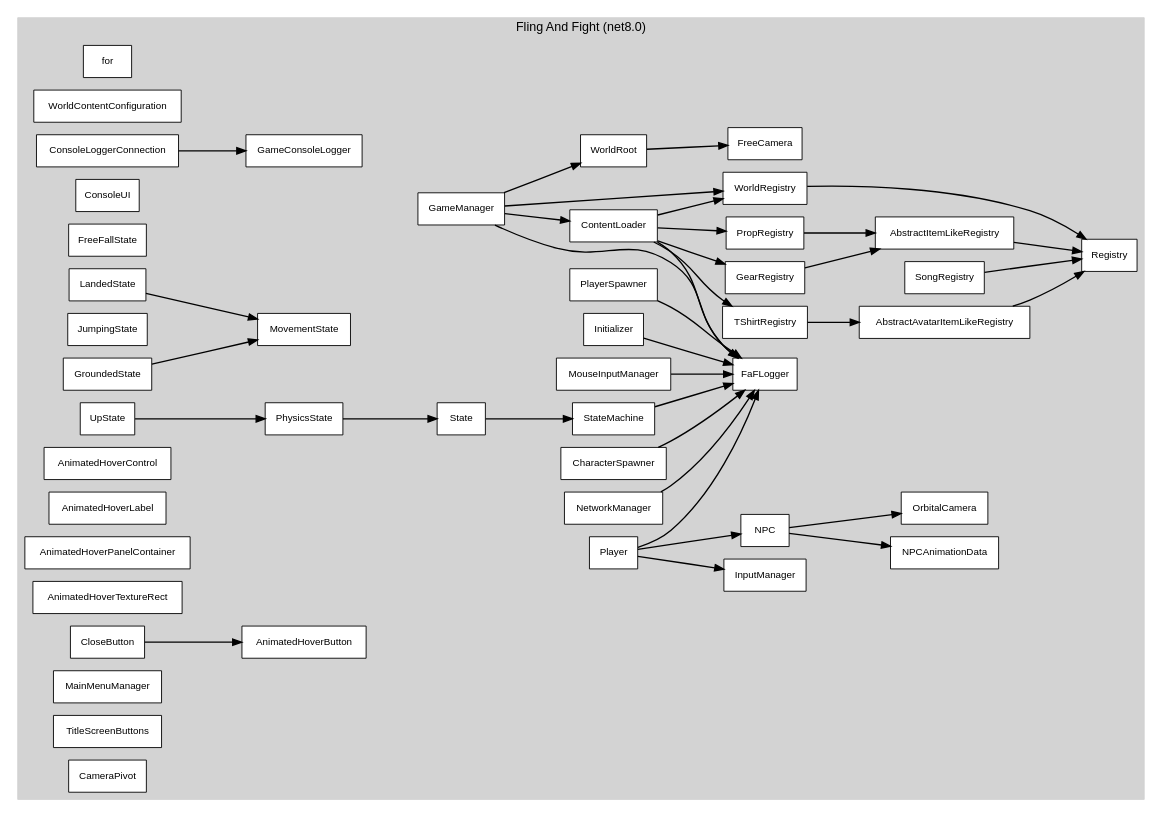
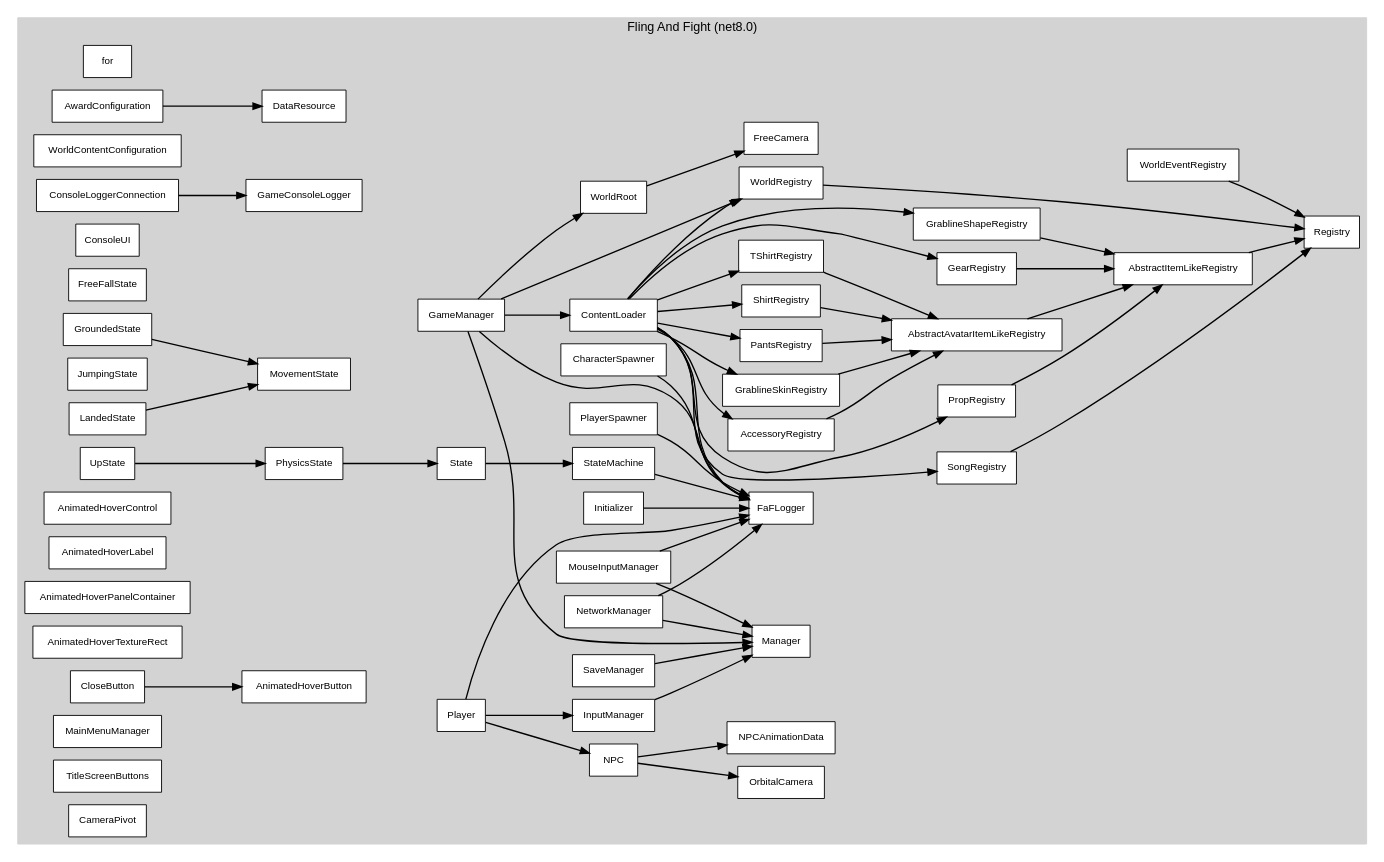
Before and after one commit to Nikaxe-dev/Fling-And-Fight: the diagram in FaF-GODOT/class-dependency-graph.dot, drawn with Graphviz. The commit also changed 20 other files, not shown here.

First line of the commit message:
saves/feat/complete: DataSaver & PlayerCurrencyDataSaver

```diff
--- a/FaF-GODOT/class-dependency-graph.dot
+++ b/FaF-GODOT/class-dependency-graph.dot
@@ -1,95 +1,123 @@
 digraph CSharpDependencies {
   graph [rankdir=LR, fontname="Helvetica", fontsize=14, splines=sprite, overlap=false, nodesep=0.2, ranksep=0.8];
   node [shape=box, style=filled, fillcolor=lightblue, fontname="Helvetica", fontsize=11];
   edge [fontname="Helvetica", fontsize=9];
 
   subgraph "cluster_Fling And Fight" {
     label="Fling And Fight (net8.0)";
     style="filled";
     color="lightgray";
 
+    "Fling And Fight.Manager" [label="Manager", fillcolor=white, tooltip="FaF.Core.Manager"];
     "Fling And Fight.ContentLoader" [label="ContentLoader", fillcolor=white, tooltip="FaF.Data.ContentLoader"];
     "Fling And Fight.for" [label="for", fillcolor=white, tooltip="FaF.Data.RegistryObjects.for"];
     "Fling And Fight.AbstractAvatarItemLikeRegistry" [label="AbstractAvatarItemLikeRegistry", fillcolor=white, tooltip="FaF.Data.RegistryObjects.AbstractAvatarItemLikeRegistry"];
     "Fling And Fight.for" [label="for", fillcolor=white, tooltip="FaF.Data.RegistryObjects.for"];
     "Fling And Fight.AbstractItemLikeRegistry" [label="AbstractItemLikeRegistry", fillcolor=white, tooltip="FaF.Data.RegistryObjects.AbstractItemLikeRegistry"];
+    "Fling And Fight.AccessoryRegistry" [label="AccessoryRegistry", fillcolor=white, tooltip="FaF.Data.RegistryObjects.AccessoryRegistry"];
+    "Fling And Fight.AwardConfiguration" [label="AwardConfiguration", fillcolor=white, tooltip="FaF.Data.AwardConfiguration"];
+    "Fling And Fight.DataResource" [label="DataResource", fillcolor=white, tooltip="FaF.Data.DataResource"];
     "Fling And Fight.GearRegistry" [label="GearRegistry", fillcolor=white, tooltip="FaF.Data.RegistryObjects.GearRegistry"];
+    "Fling And Fight.GrablineShapeRegistry" [label="GrablineShapeRegistry", fillcolor=white, tooltip="FaF.Data.RegistryObjects.GrablineShapeRegistry"];
+    "Fling And Fight.GrablineSkinRegistry" [label="GrablineSkinRegistry", fillcolor=white, tooltip="FaF.Data.RegistryObjects.GrablineSkinRegistry"];
+    "Fling And Fight.PantsRegistry" [label="PantsRegistry", fillcolor=white, tooltip="FaF.Data.RegistryObjects.PantsRegistry"];
     "Fling And Fight.PropRegistry" [label="PropRegistry", fillcolor=white, tooltip="FaF.Data.RegistryObjects.PropRegistry"];
     "Fling And Fight.Registry" [label="Registry", fillcolor=white, tooltip="FaF.Data.RegistryObjects.Registry"];
+    "Fling And Fight.ShirtRegistry" [label="ShirtRegistry", fillcolor=white, tooltip="FaF.Data.RegistryObjects.ShirtRegistry"];
     "Fling And Fight.SongRegistry" [label="SongRegistry", fillcolor=white, tooltip="FaF.Data.RegistryObjects.SongRegistry"];
     "Fling And Fight.TShirtRegistry" [label="TShirtRegistry", fillcolor=white, tooltip="FaF.Data.RegistryObjects.TShirtRegistry"];
     "Fling And Fight.WorldContentConfiguration" [label="WorldContentConfiguration", fillcolor=white, tooltip="FaF.Data.RegistryObjects.WorldContentConfiguration"];
+    "Fling And Fight.WorldEventRegistry" [label="WorldEventRegistry", fillcolor=white, tooltip="FaF.Data.RegistryObjects.WorldEventRegistry"];
     "Fling And Fight.WorldRegistry" [label="WorldRegistry", fillcolor=white, tooltip="FaF.Data.RegistryObjects.WorldRegistry"];
     "Fling And Fight.GameConsoleLogger" [label="GameConsoleLogger", fillcolor=white, tooltip="FaF.Debug.Console.GameConsoleLogger"];
     "Fling And Fight.ConsoleLoggerConnection" [label="ConsoleLoggerConnection", fillcolor=white, tooltip="FaF.Debug.Console.ConsoleLoggerConnection"];
     "Fling And Fight.ConsoleUI" [label="ConsoleUI", fillcolor=white, tooltip="FaF.Debug.Console.ConsoleUI"];
     "Fling And Fight.FaFLogger" [label="FaFLogger", fillcolor=white, tooltip="FaF.Debug.FaFLogger"];
     "Fling And Fight.GameManager" [label="GameManager", fillcolor=white, tooltip="FaF.Game.GameManager"];
     "Fling And Fight.CharacterSpawner" [label="CharacterSpawner", fillcolor=white, tooltip="FaF.Game.Networking.CharacterSpawner"];
     "Fling And Fight.NetworkManager" [label="NetworkManager", fillcolor=white, tooltip="FaF.Game.Networking.NetworkManager"];
     "Fling And Fight.PlayerSpawner" [label="PlayerSpawner", fillcolor=white, tooltip="FaF.Game.Networking.PlayerSpawner"];
     "Fling And Fight.Player" [label="Player", fillcolor=white, tooltip="FaF.Game.Players.Player"];
     "Fling And Fight.NPC" [label="NPC", fillcolor=white, tooltip="FaF.Game.Rig.NPC"];
     "Fling And Fight.NPCAnimationData" [label="NPCAnimationData", fillcolor=white, tooltip="FaF.Game.Rig.NPCAnimationData"];
     "Fling And Fight.FreeFallState" [label="FreeFallState", fillcolor=white, tooltip="FaF.Game.Rig.States.Movement.FreeFallState"];
     "Fling And Fight.GroundedState" [label="GroundedState", fillcolor=white, tooltip="FaF.Game.Rig.States.Movement.GroundedState"];
     "Fling And Fight.JumpingState" [label="JumpingState", fillcolor=white, tooltip="FaF.Game.Rig.States.Movement.JumpingState"];
     "Fling And Fight.LandedState" [label="LandedState", fillcolor=white, tooltip="FaF.Game.Rig.States.Movement.LandedState"];
     "Fling And Fight.MovementState" [label="MovementState", fillcolor=white, tooltip="FaF.Game.Rig.States.Movement.MovementState"];
     "Fling And Fight.PhysicsState" [label="PhysicsState", fillcolor=white, tooltip="FaF.Game.Rig.States.PhysicsState"];
     "Fling And Fight.State" [label="State", fillcolor=white, tooltip="FaF.Game.Rig.States.State"];
     "Fling And Fight.StateMachine" [label="StateMachine", fillcolor=white, tooltip="FaF.Game.Rig.States.StateMachine"];
     "Fling And Fight.UpState" [label="UpState", fillcolor=white, tooltip="FaF.Game.Rig.States.UpState"];
     "Fling And Fight.WorldRoot" [label="WorldRoot", fillcolor=white, tooltip="FaF.Game.World.WorldRoot"];
     "Fling And Fight.Initializer" [label="Initializer", fillcolor=white, tooltip="FaF.Initial.Initializer"];
+    "Fling And Fight.SaveManager" [label="SaveManager", fillcolor=white, tooltip="FaF.Saves.SaveManager"];
     "Fling And Fight.AnimatedHoverButton" [label="AnimatedHoverButton", fillcolor=white, tooltip="FaF.UI.Common.AnimatedHover.AnimatedHoverButton"];
     "Fling And Fight.AnimatedHoverControl" [label="AnimatedHoverControl", fillcolor=white, tooltip="FaF.UI.Common.AnimatedHover.AnimatedHoverControl"];
     "Fling And Fight.AnimatedHoverLabel" [label="AnimatedHoverLabel", fillcolor=white, tooltip="FaF.UI.Common.AnimatedHover.AnimatedHoverLabel"];
     "Fling And Fight.AnimatedHoverPanelContainer" [label="AnimatedHoverPanelContainer", fillcolor=white, tooltip="FaF.UI.Common.AnimatedHover.AnimatedHoverPanelContainer"];
     "Fling And Fight.AnimatedHoverTextureRect" [label="AnimatedHoverTextureRect", fillcolor=white, tooltip="FaF.UI.Common.AnimatedHover.AnimatedHoverTextureRect"];
     "Fling And Fight.CloseButton" [label="CloseButton", fillcolor=white, tooltip=".CloseButton"];
     "Fling And Fight.MainMenuManager" [label="MainMenuManager", fillcolor=white, tooltip="FaF.UI.MainMenu.MainMenuManager"];
     "Fling And Fight.TitleScreenButtons" [label="TitleScreenButtons", fillcolor=white, tooltip="FaF.UI.MainMenu.TitleScreenButtons"];
     "Fling And Fight.InputManager" [label="InputManager", fillcolor=white, tooltip="FaF.UserInput.InputManager"];
     "Fling And Fight.MouseInputManager" [label="MouseInputManager", fillcolor=white, tooltip="FaF.UserInput.MouseInputManager"];
     "Fling And Fight.CameraPivot" [label="CameraPivot", fillcolor=white, tooltip="FaF.Visuals.Camera.CameraPivot"];
     "Fling And Fight.FreeCamera" [label="FreeCamera", fillcolor=white, tooltip="FaF.Visuals.Camera.FreeCamera"];
     "Fling And Fight.OrbitalCamera" [label="OrbitalCamera", fillcolor=white, tooltip="FaF.Visuals.Camera.OrbitalCamera"];
   }
 
   "Fling And Fight.ContentLoader" -> "Fling And Fight.FaFLogger" [penwidth=1.5];
   "Fling And Fight.ContentLoader" -> "Fling And Fight.WorldRegistry" [penwidth=1.5];
   "Fling And Fight.ContentLoader" -> "Fling And Fight.PropRegistry" [penwidth=1.5];
   "Fling And Fight.ContentLoader" -> "Fling And Fight.GearRegistry" [penwidth=1.5];
   "Fling And Fight.ContentLoader" -> "Fling And Fight.TShirtRegistry" [penwidth=1.5];
-  "Fling And Fight.AbstractAvatarItemLikeRegistry" -> "Fling And Fight.Registry" [penwidth=1.5];
+  "Fling And Fight.ContentLoader" -> "Fling And Fight.ShirtRegistry" [penwidth=1.5];
+  "Fling And Fight.ContentLoader" -> "Fling And Fight.PantsRegistry" [penwidth=1.5];
+  "Fling And Fight.ContentLoader" -> "Fling And Fight.AccessoryRegistry" [penwidth=1.5];
+  "Fling And Fight.ContentLoader" -> "Fling And Fight.GrablineSkinRegistry" [penwidth=1.5];
+  "Fling And Fight.ContentLoader" -> "Fling And Fight.GrablineShapeRegistry" [penwidth=1.5];
+  "Fling And Fight.ContentLoader" -> "Fling And Fight.SongRegistry" [penwidth=1.5];
+  "Fling And Fight.AbstractAvatarItemLikeRegistry" -> "Fling And Fight.AbstractItemLikeRegistry" [penwidth=1.5];
   "Fling And Fight.AbstractItemLikeRegistry" -> "Fling And Fight.Registry" [penwidth=1.5];
+  "Fling And Fight.AccessoryRegistry" -> "Fling And Fight.AbstractAvatarItemLikeRegistry" [penwidth=1.5];
+  "Fling And Fight.AwardConfiguration" -> "Fling And Fight.DataResource" [penwidth=1.5];
   "Fling And Fight.GearRegistry" -> "Fling And Fight.AbstractItemLikeRegistry" [penwidth=1.5];
+  "Fling And Fight.GrablineShapeRegistry" -> "Fling And Fight.AbstractItemLikeRegistry" [penwidth=1.5];
+  "Fling And Fight.GrablineSkinRegistry" -> "Fling And Fight.AbstractAvatarItemLikeRegistry" [penwidth=1.5];
+  "Fling And Fight.PantsRegistry" -> "Fling And Fight.AbstractAvatarItemLikeRegistry" [penwidth=1.5];
   "Fling And Fight.PropRegistry" -> "Fling And Fight.AbstractItemLikeRegistry" [penwidth=1.5];
+  "Fling And Fight.ShirtRegistry" -> "Fling And Fight.AbstractAvatarItemLikeRegistry" [penwidth=1.5];
   "Fling And Fight.SongRegistry" -> "Fling And Fight.Registry" [penwidth=1.5];
   "Fling And Fight.TShirtRegistry" -> "Fling And Fight.AbstractAvatarItemLikeRegistry" [penwidth=1.5];
+  "Fling And Fight.WorldEventRegistry" -> "Fling And Fight.Registry" [penwidth=1.5];
   "Fling And Fight.WorldRegistry" -> "Fling And Fight.Registry" [penwidth=1.5];
   "Fling And Fight.ConsoleLoggerConnection" -> "Fling And Fight.GameConsoleLogger" [penwidth=1.5];
+  "Fling And Fight.GameManager" -> "Fling And Fight.Manager" [penwidth=1.5];
   "Fling And Fight.GameManager" -> "Fling And Fight.FaFLogger" [penwidth=1.5];
   "Fling And Fight.GameManager" -> "Fling And Fight.ContentLoader" [penwidth=1.5];
   "Fling And Fight.GameManager" -> "Fling And Fight.WorldRoot" [penwidth=1.5];
   "Fling And Fight.GameManager" -> "Fling And Fight.WorldRegistry" [penwidth=1.5];
   "Fling And Fight.CharacterSpawner" -> "Fling And Fight.FaFLogger" [penwidth=1.5];
+  "Fling And Fight.NetworkManager" -> "Fling And Fight.Manager" [penwidth=1.5];
   "Fling And Fight.NetworkManager" -> "Fling And Fight.FaFLogger" [penwidth=1.5];
   "Fling And Fight.PlayerSpawner" -> "Fling And Fight.FaFLogger" [penwidth=1.5];
   "Fling And Fight.Player" -> "Fling And Fight.FaFLogger" [penwidth=1.5];
   "Fling And Fight.Player" -> "Fling And Fight.InputManager" [penwidth=1.5];
   "Fling And Fight.Player" -> "Fling And Fight.NPC" [penwidth=1.5];
   "Fling And Fight.NPC" -> "Fling And Fight.OrbitalCamera" [penwidth=1.5];
   "Fling And Fight.NPC" -> "Fling And Fight.NPCAnimationData" [penwidth=1.5];
   "Fling And Fight.GroundedState" -> "Fling And Fight.MovementState" [penwidth=1.5];
   "Fling And Fight.LandedState" -> "Fling And Fight.MovementState" [penwidth=1.5];
   "Fling And Fight.PhysicsState" -> "Fling And Fight.State" [penwidth=1.5];
   "Fling And Fight.State" -> "Fling And Fight.StateMachine" [penwidth=1.5];
   "Fling And Fight.StateMachine" -> "Fling And Fight.FaFLogger" [penwidth=1.5];
   "Fling And Fight.UpState" -> "Fling And Fight.PhysicsState" [penwidth=1.5];
   "Fling And Fight.WorldRoot" -> "Fling And Fight.FreeCamera" [penwidth=1.5];
   "Fling And Fight.Initializer" -> "Fling And Fight.FaFLogger" [penwidth=1.5];
+  "Fling And Fight.SaveManager" -> "Fling And Fight.Manager" [penwidth=1.5];
   "Fling And Fight.CloseButton" -> "Fling And Fight.AnimatedHoverButton" [penwidth=1.5];
+  "Fling And Fight.InputManager" -> "Fling And Fight.Manager" [penwidth=1.5];
+  "Fling And Fight.MouseInputManager" -> "Fling And Fight.Manager" [penwidth=1.5];
   "Fling And Fight.MouseInputManager" -> "Fling And Fight.FaFLogger" [penwidth=1.5];
 }
```
